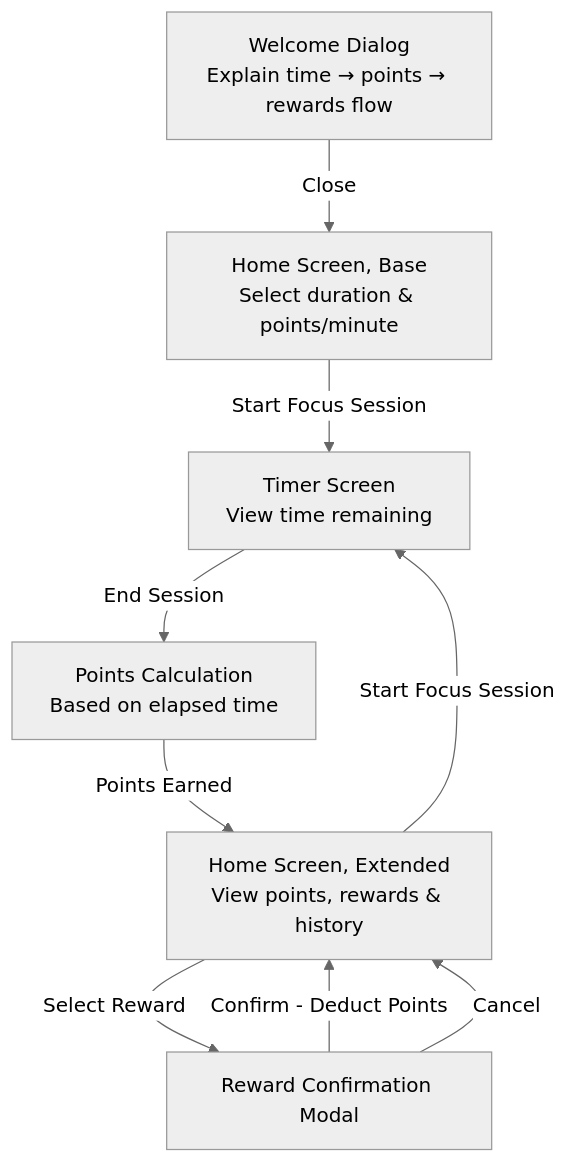
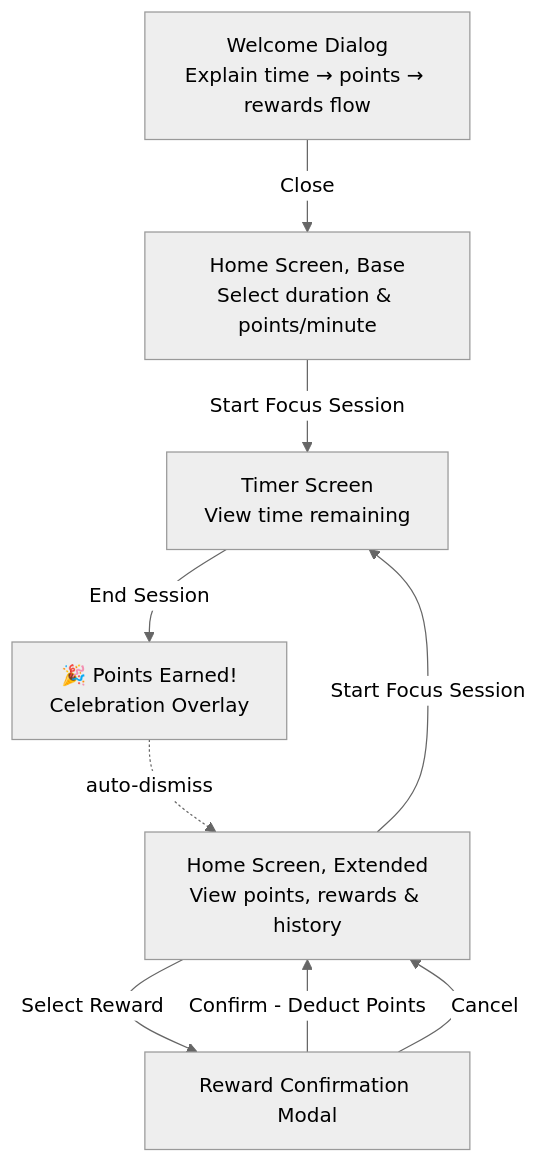
One commit to michellekli/PomoExchange changed the diagram in design.md. Above: the diagram before and after it, drawn with Mermaid (neutral theme). The commit also changed other lines of this file, not shown here.

Commit message:
Add PointsCelebrationOverlay to design spec

````diff
--- a/design.md
+++ b/design.md
@@ -104,22 +104,22 @@
 ```mermaid
 flowchart TD
    Welcome[Welcome Dialog<br/>Explain time → points → rewards flow]
    Welcome -->|Close| HomeBase
 
    HomeBase[Home Screen, Base<br/>Select duration & points/minute]
    HomeBase -->|Start Focus Session| Timer
 
    Timer[Timer Screen<br/>View time remaining]
    Timer -->|End Session| PointsCalc
 
-   PointsCalc[Points Calculation<br/>Based on elapsed time]
-   PointsCalc -->|Points Earned| HomeExtended
+   PointsCalc[🎉 Points Earned!<br/>Celebration Overlay]
+   PointsCalc -.->|auto-dismiss| HomeExtended
 
    HomeExtended[Home Screen, Extended<br/>View points, rewards & history]
    HomeExtended -->|Start Focus Session| Timer
    HomeExtended -->|Select Reward| Confirmation
 
    Confirmation[Reward Confirmation Modal]
    Confirmation -->|Confirm - Deduct Points| HomeExtended
    Confirmation -->|Cancel| HomeExtended
 ```
````
